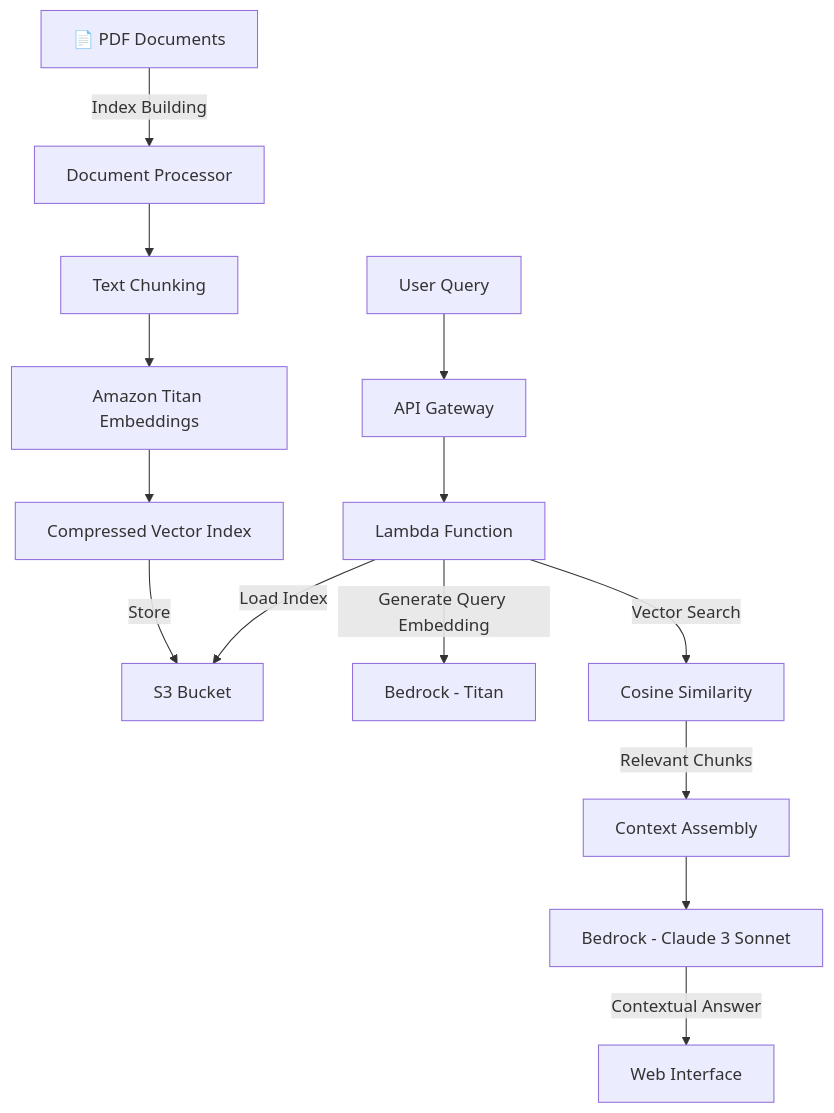
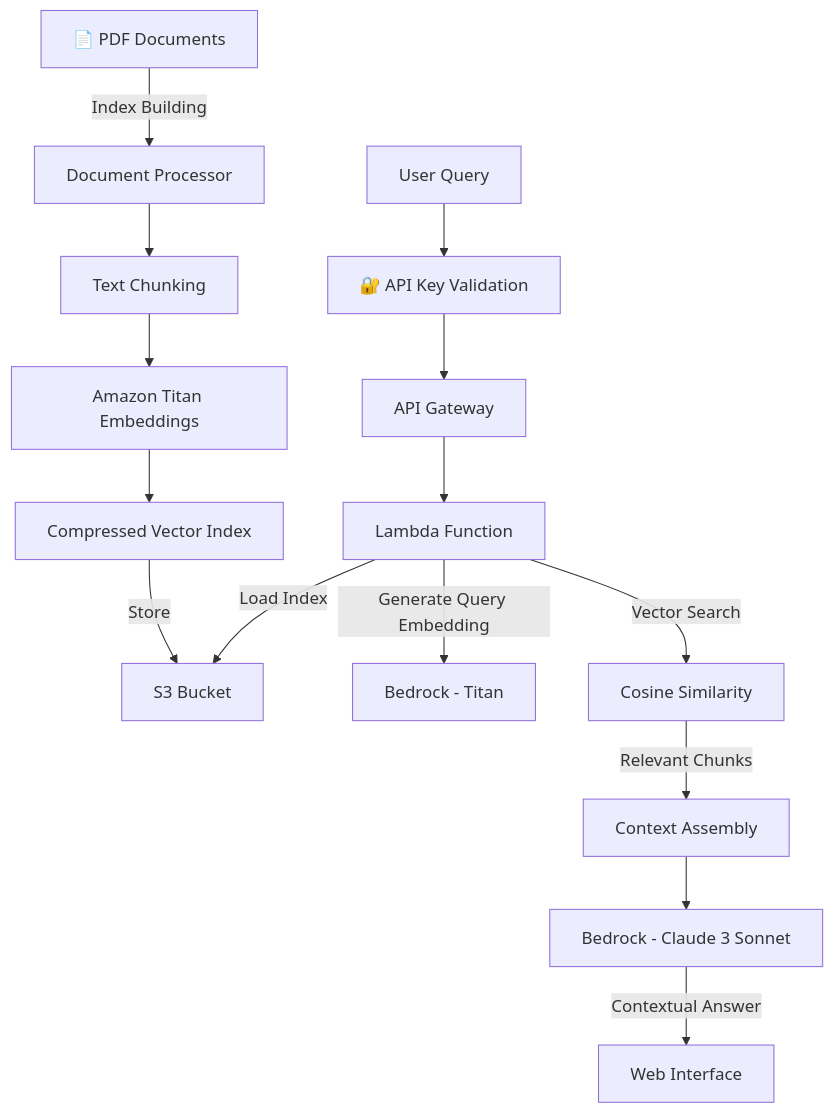
One commit to AndresFMC/rag-documentation-navigator changed the diagram in README.md. Above: the diagram before and after it, drawn with Mermaid. The commit also changed other lines of this file and 6 other files, not shown here.

````diff
--- a/README.md
+++ b/README.md
@@ -32,17 +33,18 @@
 ```mermaid
 graph TB
     A[📄 PDF Documents] -->|Index Building| B[Document Processor]
     B --> C[Text Chunking]
     C --> D[Amazon Titan Embeddings]
     D --> E[Compressed Vector Index]
     E -->|Store| F[S3 Bucket]
     
-    G[User Query] --> H[API Gateway]
-    H --> I[Lambda Function]
-    I -->|Load Index| F
-    I -->|Generate Query Embedding| J[Bedrock - Titan]
-    I -->|Vector Search| K[Cosine Similarity]
-    K -->|Relevant Chunks| L[Context Assembly]
-    L --> M[Bedrock - Claude 3 Sonnet]
-    M -->|Contextual Answer| N[Web Interface]
+    G[User Query] --> H[🔐 API Key Validation]
+    H --> I[API Gateway]
+    I --> J[Lambda Function]
+    J -->|Load Index| F
+    J -->|Generate Query Embedding| K[Bedrock - Titan]
+    J -->|Vector Search| L[Cosine Similarity]
+    L -->|Relevant Chunks| M[Context Assembly]
+    M --> N[Bedrock - Claude 3 Sonnet]
+    N -->|Contextual Answer| O[Web Interface]
 ```
````
